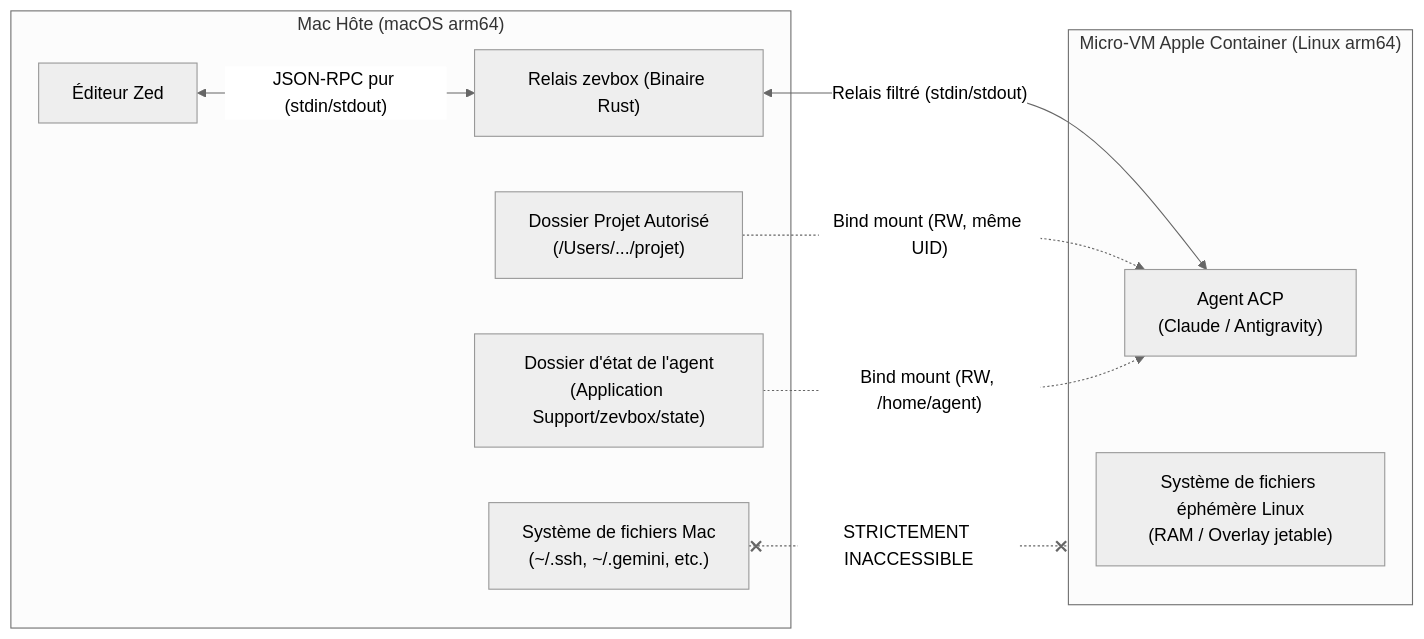
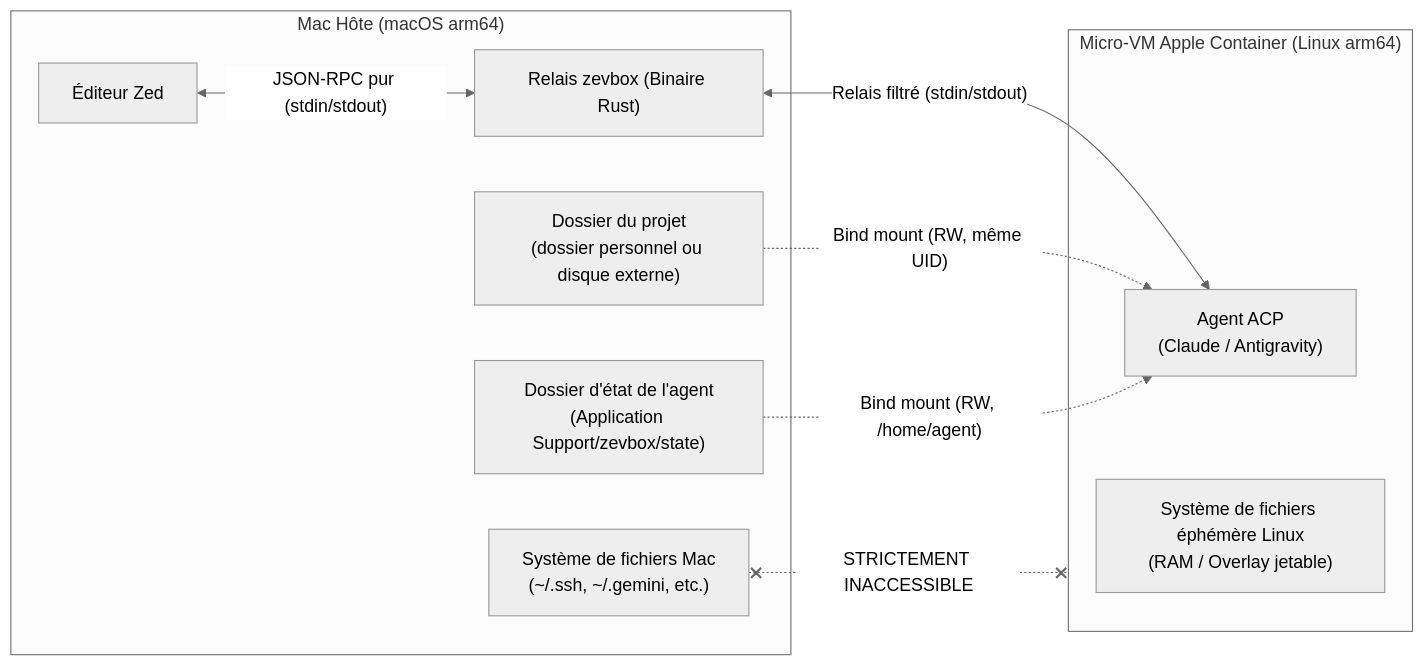
Before and after one commit to brainztorm/zevbox: the first of 7 diagrams in docs/fr/ARCHITECTURE.md, drawn with Mermaid (neutral theme). The commit also changed other lines of this file and 25 other files, not shown here.

````diff
--- a/docs/fr/ARCHITECTURE.md
+++ b/docs/fr/ARCHITECTURE.md
@@ -22,21 +22,21 @@
 ```mermaid
 flowchart LR
     subgraph Host ["Mac Hôte (macOS arm64)"]
         Zed["Éditeur Zed"]
         Zevbox["Relais zevbox (Binaire Rust)"]
         UserFS["Système de fichiers Mac\n(~/.ssh, ~/.gemini, etc.)"]
-        ProjectDir["Dossier Projet Autorisé\n(/Users/.../projet)"]
+        ProjectDir["Dossier du projet\n(dossier personnel ou disque externe)"]
         StateDir["Dossier d'état de l'agent\n(Application Support/zevbox/state)"]
     end
 
     subgraph VM ["Micro-VM Apple Container (Linux arm64)"]
         Agent["Agent ACP\n(Claude / Antigravity)"]
         VMFS["Système de fichiers éphémère Linux\n(RAM / Overlay jetable)"]
     end
 
     Zed <-->|"JSON-RPC pur (stdin/stdout)"| Zevbox
     Zevbox <-->|"Relais filtré (stdin/stdout)"| Agent
     ProjectDir -.->|"Bind mount (RW, même UID)"| Agent
     StateDir -.->|"Bind mount (RW, /home/agent)"| Agent
     UserFS x-.-x|"STRICTEMENT INACCESSIBLE"| VM
 ```
````
